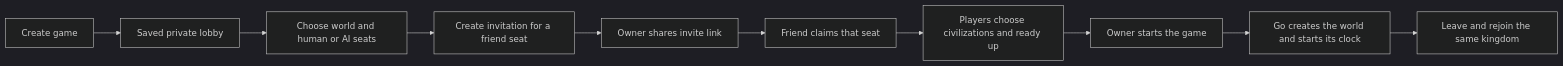
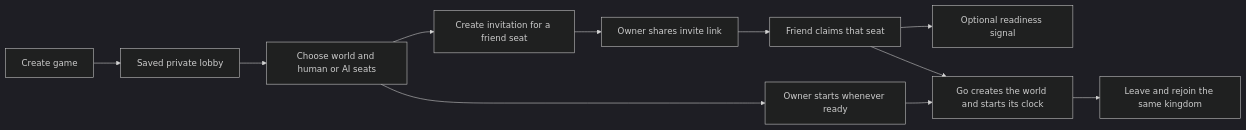
The first of 4 diagrams in docs/MULTIPLAYER.md (jakthom/ai-of-empires), drawn with Mermaid (dark theme) before and after one commit. The commit also changed other lines of this file and 36 other files, not shown here.

````diff
--- a/docs/MULTIPLAYER.md
+++ b/docs/MULTIPLAYER.md
@@ -13,12 +12,13 @@
 ```mermaid
 flowchart LR
     Creator[Create game] --> Lobby[Saved private lobby]
     Lobby --> Seats[Choose world and human or AI seats]
     Seats --> Invite[Create invitation for a friend seat]
     Invite --> Link[Owner shares invite link]
     Link --> Claim[Friend claims that seat]
-    Claim --> Ready[Players choose civilizations and ready up]
-    Ready --> Start[Owner starts the game]
+    Seats --> Start[Owner starts whenever ready]
+    Claim --> Ready[Optional readiness signal]
+    Claim --> World
     Start --> World[Go creates the world and starts its clock]
     World --> Rejoin[Leave and rejoin the same kingdom]
 ```
````
